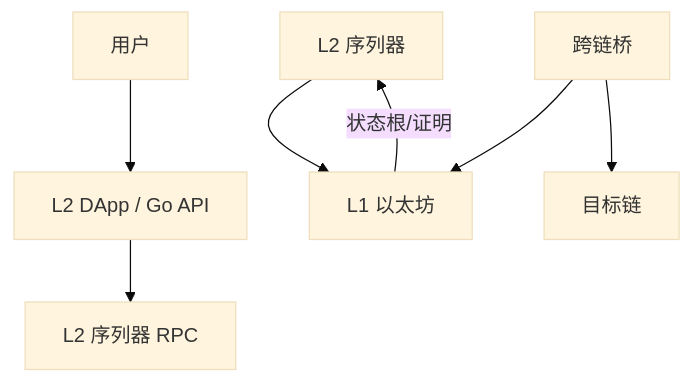
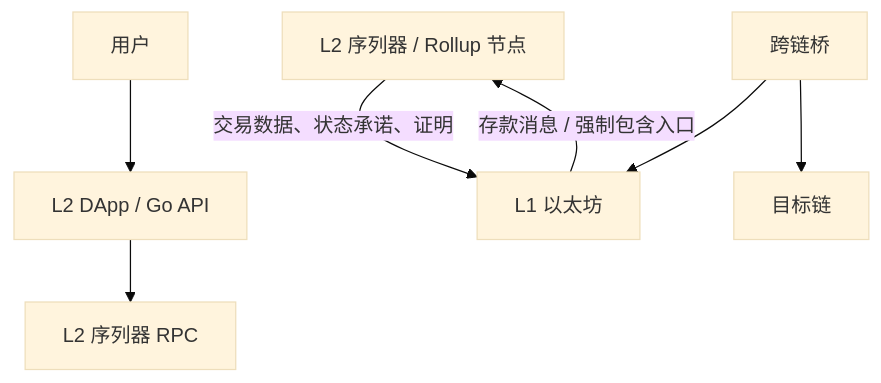
Before and after one commit to twodog-tt/Golang-development-manual: the diagram in docs/interview/12-blockchain-web3/S-BC-07-l2-cross-chain-bridge.md, drawn with Mermaid (base theme). The commit also changed other lines of this file and 438 other files, not shown here.

````diff
--- a/docs/interview/12-blockchain-web3/S-BC-07-l2-cross-chain-bridge.md
+++ b/docs/interview/12-blockchain-web3/S-BC-07-l2-cross-chain-bridge.md
@@ -31,9 +36,9 @@
 ```mermaid
 flowchart TB
   User[用户] --> L2App[L2 DApp / Go API]
   L2App --> L2RPC[L2 序列器 RPC]
-  L2Seq[L2 序列器] --> L1[L1 以太坊]
-  L1 -->|状态根/证明| L2Seq
+  L2Seq[L2 序列器 / Rollup 节点] -->|交易数据、状态承诺、证明| L1[L1 以太坊]
+  L1 -->|存款消息 / 强制包含入口| L2Seq
   Bridge[跨链桥] --> L1
   Bridge --> L2Other[目标链]
 ```
````
